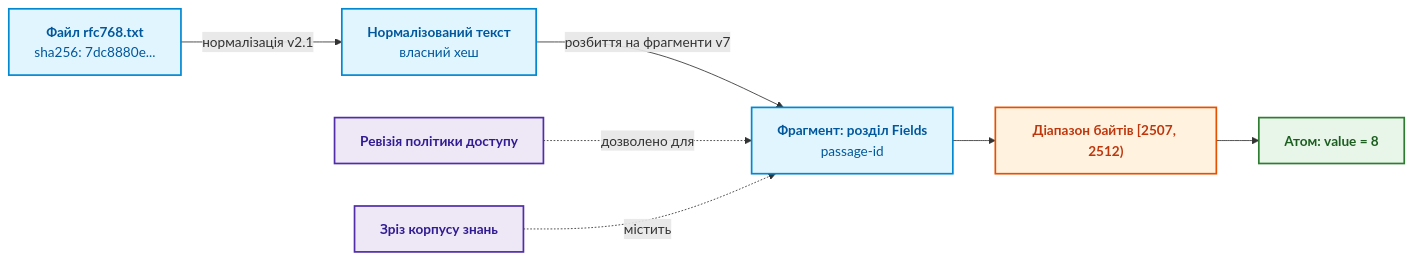
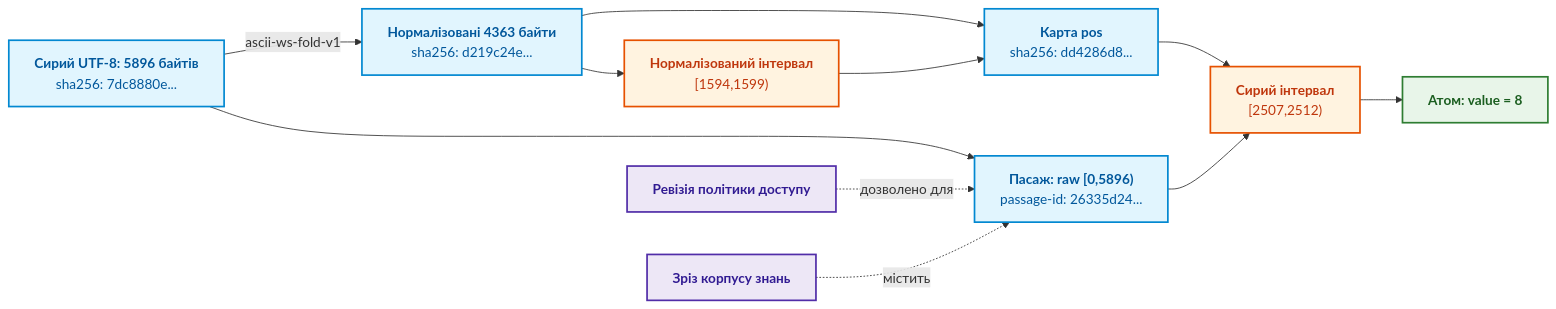
Before and after one commit to nick-fedchik/articles: the fifth of 8 diagrams in ExpertSystem/ch19-from-question-to-evidence.md, drawn with Mermaid. The commit also changed other lines of this file and 375 other files, not shown here.

````diff
--- a/ExpertSystem/ch19-from-question-to-evidence.md
+++ b/ExpertSystem/ch19-from-question-to-evidence.md
@@ -530,23 +767,27 @@
 ```mermaid
 flowchart LR
     accTitle: Походження атома знань від файлу RFC 768
-    accDescr: Текстовий файл RFC 768 проходить нормалізацію й розбиття на фрагменти, а атом-значення спирається на точний діапазон байтів фрагмента; політика доступу й зріз корпусу також пов'язані з фрагментом.
+    accDescr: Слово eight має нормалізований інтервал від 1594 до 1599, який карта позицій відображає на сирі байти від 2507 до 2512. Джерело, нормалізований текст і карта мають окремі хеші; пасаж прикладу охоплює весь сирий файл.
 
-    D0["<b>Файл rfc768.txt</b><br/>sha256: 7dc8880e..."] -->|"нормалізація v2.1"| D2["<b>Нормалізований текст</b><br/>власний хеш"]
-    D2 -->|"розбиття на фрагменти v7"| P["<b>Фрагмент: розділ Fields</b><br/>passage-id"]
-    P --> S["<b>Діапазон байтів [2507, 2512)</b>"]
+    D0["<b>Сирий UTF-8: 5896 байтів</b><br/>sha256: 7dc8880e..."] -->|"ascii-ws-fold-v1"| D2["<b>Нормалізовані 4363 байти</b><br/>sha256: d219c24e..."]
+    D0 --> P["<b>Пасаж: raw [0,5896)</b><br/>passage-id: 26335d24..."]
+    D2 --> NS["<b>Нормалізований інтервал</b><br/>[1594,1599)"]
+    D2 --> MAP["<b>Карта pos</b><br/>sha256: dd4286d8..."]
+    NS --> MAP
+    MAP --> S["<b>Сирий інтервал</b><br/>[2507,2512)"]
+    P --> S
     S --> A["<b>Атом: value = 8</b>"]
 
     POL["<b>Ревізія політики доступу</b>"] -.->|"дозволено для"| P
     CORP["<b>Зріз корпусу знань</b>"] -.->|"містить"| P
 
     classDef art fill:#e1f5fe,stroke:#0288d1,stroke-width:2px,color:#01579b;
     classDef span fill:#fff3e0,stroke:#e65100,stroke-width:2px,color:#bf360c;
     classDef atom fill:#e8f5e9,stroke:#2e7d32,stroke-width:2px,color:#1b5e20;
     classDef gov fill:#ede7f6,stroke:#512da8,stroke-width:2px,color:#311b92;
 
-    class D0,D2,P art;
-    class S span;
+    class D0,D2,P,MAP art;
+    class NS,S span;
     class A atom;
     class POL,CORP gov;
 ```
````
